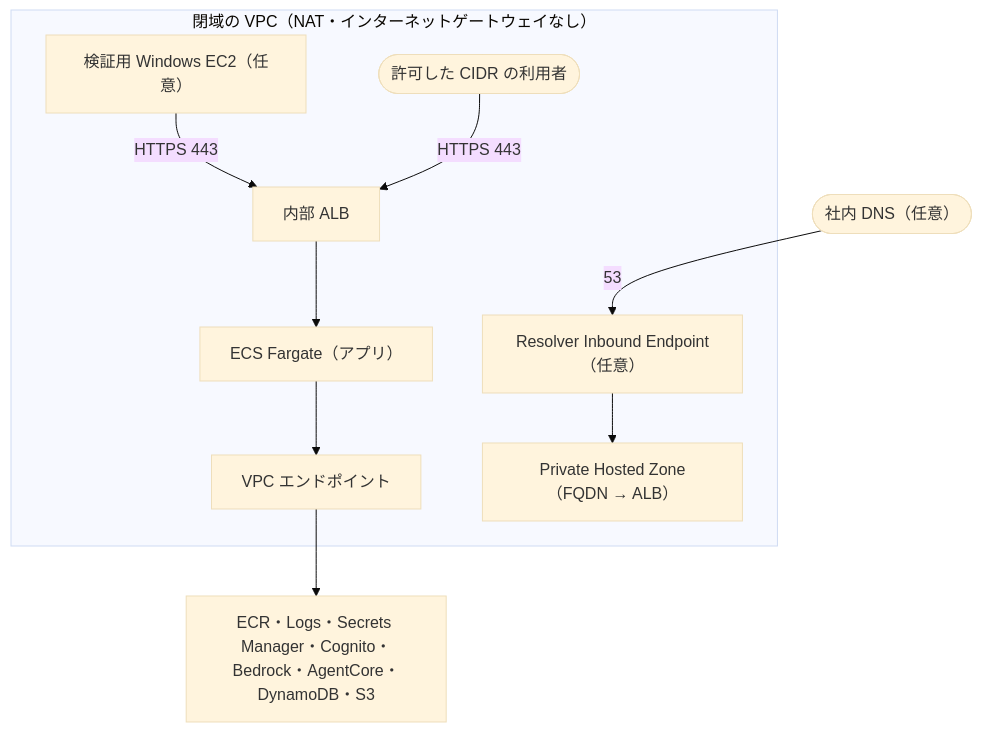
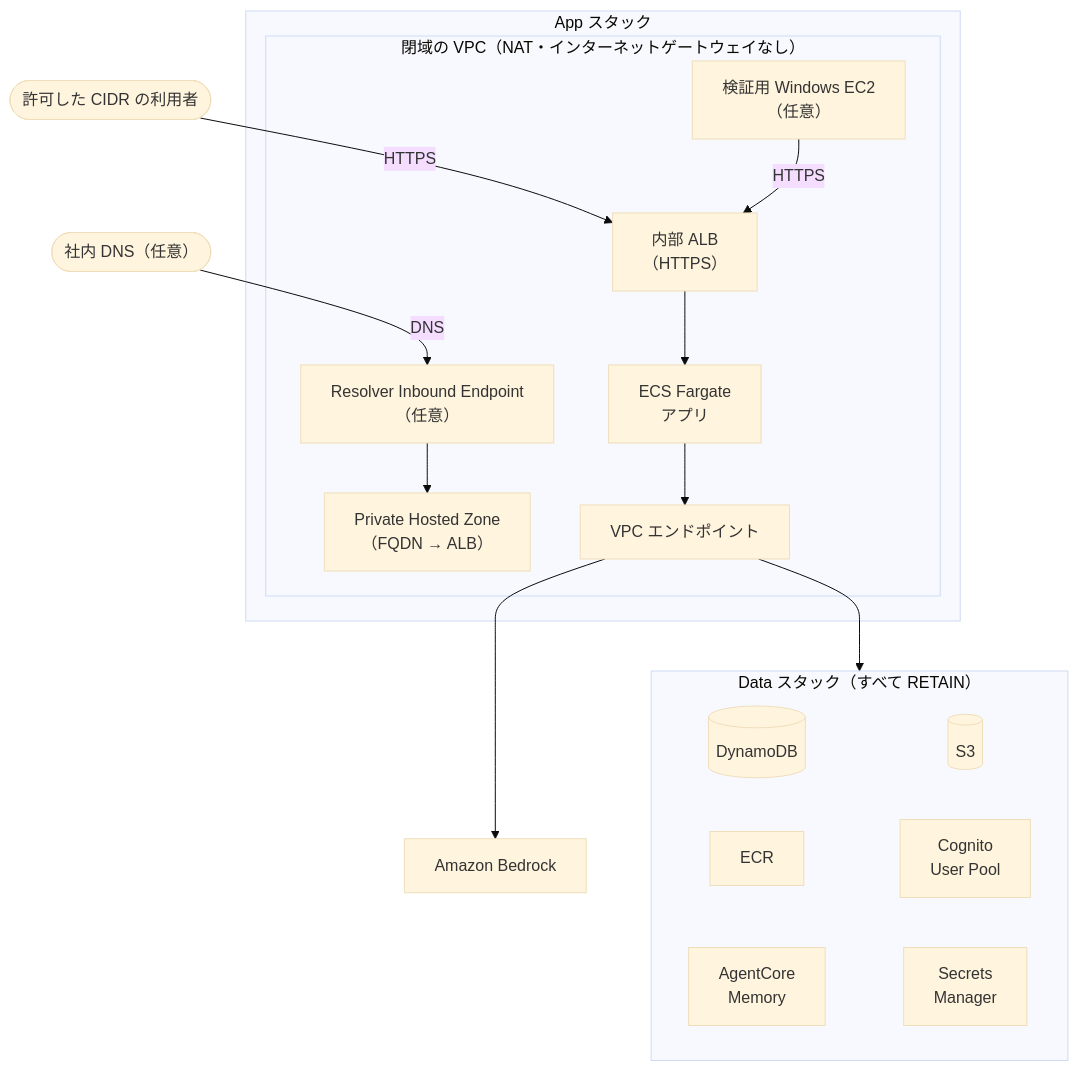
Before and after one commit to aws-samples/sample-ai-persona: the diagram in docs/closed_network.md, drawn with Mermaid (base theme). The commit also changed 3 other files, not shown here.

First line of the commit message:
doc: 構成図を描き直し、README と CLAUDE.md を v1.0.0 に合わせる

````diff
--- a/docs/closed_network.md
+++ b/docs/closed_network.md
@@ -7,13 +7,28 @@
 ```mermaid
-graph TB
-    subgraph VPC["閉域の VPC（NAT・インターネットゲートウェイなし）"]
-        EC2[検証用 Windows EC2（任意）] -->|HTTPS 443| ALB[内部 ALB]
-        Client([許可した CIDR の利用者]) -->|HTTPS 443| ALB
-        ALB --> ECS[ECS Fargate（アプリ）]
-        ECS --> EP[VPC エンドポイント]
-        PHZ[Private Hosted Zone（FQDN → ALB）]
-        R[Resolver Inbound Endpoint（任意）] --> PHZ
+flowchart TB
+    Client([許可した CIDR の利用者])
+    DNS([社内 DNS（任意）])
+
+    subgraph App["App スタック"]
+        subgraph VPC["閉域の VPC（NAT・インターネットゲートウェイなし）"]
+            EC2["検証用 Windows EC2<br/>（任意）"]
+            R["Resolver Inbound Endpoint<br/>（任意）"] --> PHZ["Private Hosted Zone<br/>（FQDN → ALB）"]
+            ALB["内部 ALB<br/>（HTTPS）"] --> ECS[ECS Fargate<br/>アプリ]
+            ECS --> EP[VPC エンドポイント]
+        end
     end
-    DNS([社内 DNS（任意）]) -->|53| R
-    EP --> AWS[ECR・Logs・Secrets Manager・Cognito・Bedrock・AgentCore・DynamoDB・S3]
+
+    subgraph Data["Data スタック（すべて RETAIN）"]
+        DynamoDB[(DynamoDB)] ~~~ S3[(S3)]
+        ECR[ECR] ~~~ Cognito[Cognito<br/>User Pool]
+        Memory[AgentCore<br/>Memory] ~~~ Secrets[Secrets<br/>Manager]
+    end
+
+    Bedrock[Amazon Bedrock]
+
+    Client -->|HTTPS| ALB
+    EC2 -->|HTTPS| ALB
+    DNS -->|DNS| R
+    EP --> Data
+    EP --> Bedrock
 ```
````
